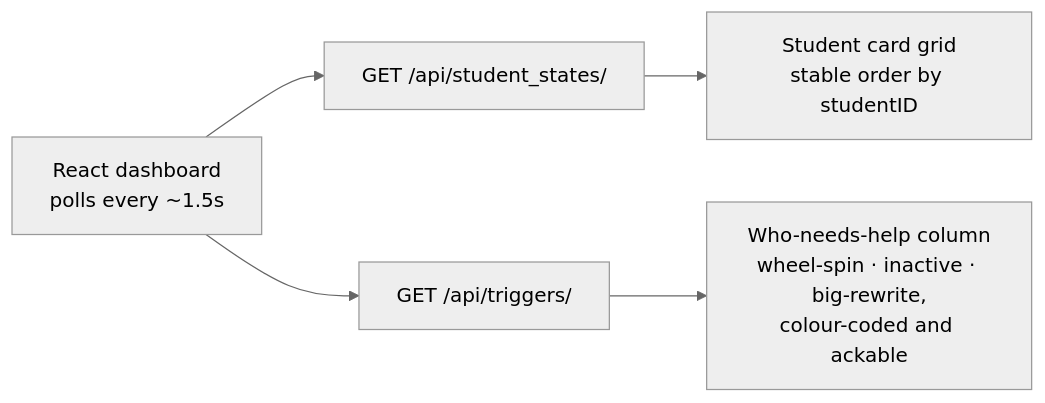
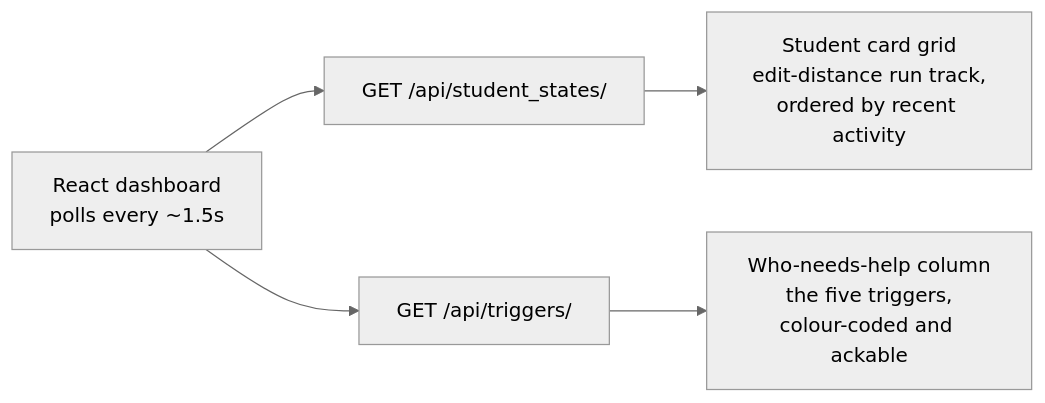
Before and after one commit to InviteInstitute/lm-dashboard: the diagram in docs/concepts/read-path.md, drawn with Mermaid (neutral theme). The commit also changed other lines of this file and 13 other files, not shown here.

First line of the commit message:
Rewrite docs for the edit-distance trigger model; add mkdocs to requirements

````diff
--- a/docs/concepts/read-path.md
+++ b/docs/concepts/read-path.md
@@ -28,8 +28,8 @@
 ```mermaid
 flowchart LR
     dash["React dashboard<br/>polls every ~1.5s"]
     dash --> a["GET /api/student_states/"]
     dash --> b["GET /api/triggers/"]
-    a --> grid["Student card grid<br/>stable order by studentID"]
-    b --> col["Who-needs-help column<br/>wheel-spin · inactive · big-rewrite,<br/>colour-coded and ackable"]
+    a --> grid["Student card grid<br/>edit-distance run track,<br/>ordered by recent activity"]
+    b --> col["Who-needs-help column<br/>the five triggers,<br/>colour-coded and ackable"]
 ```
````
